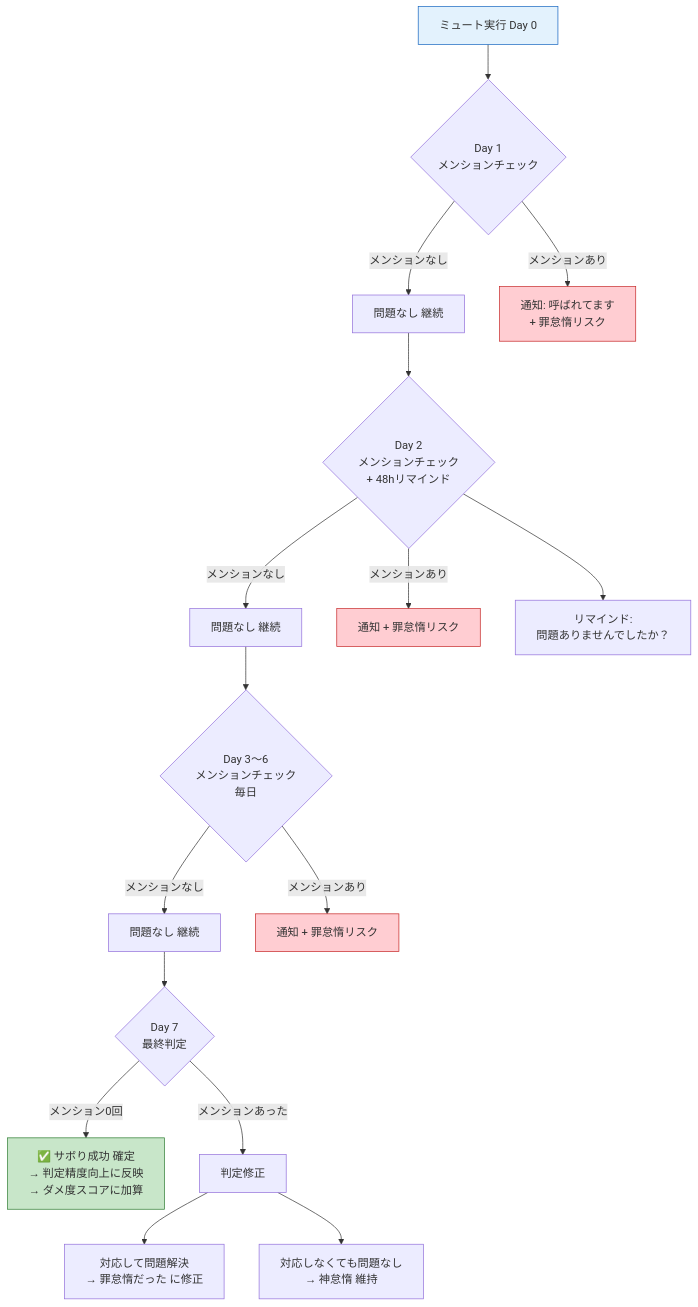
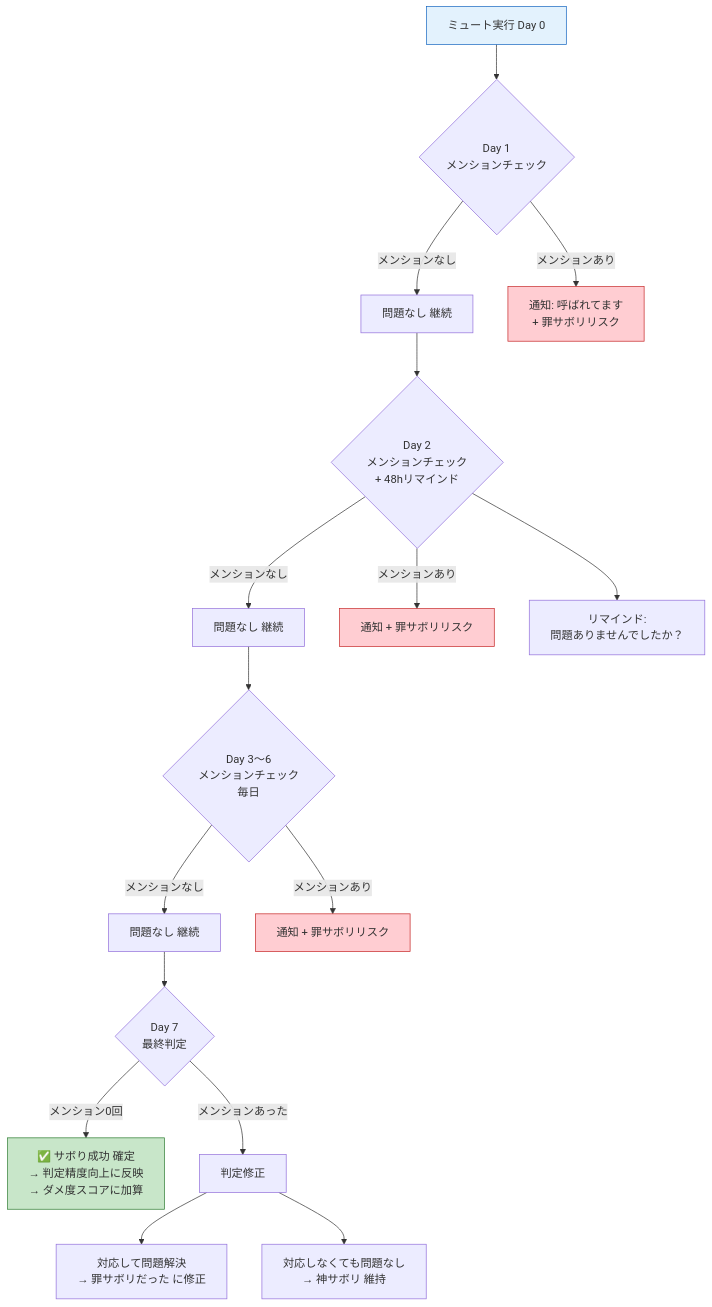
The second of 3 diagrams in aidlc-docs/inception/application-design/judgment-logic.md (fumihirogotonds-art/majisabo), drawn with Mermaid before and after one commit. The commit also changed other lines of this file and 18 other files, not shown here.

````diff
--- a/aidlc-docs/inception/application-design/judgment-logic.md
+++ b/aidlc-docs/inception/application-design/judgment-logic.md
@@ -160,45 +160,45 @@
 ```mermaid
 flowchart TD
     START[ミュート実行 Day 0]
     
     D1{Day 1<br/>メンションチェック}
     D1_OK[問題なし 継続]
-    D1_NG[通知: 呼ばれてます<br/>+ 罪怠惰リスク]
+    D1_NG[通知: 呼ばれてます<br/>+ 罪サボリリスク]
 
     D2{Day 2<br/>メンションチェック<br/>+ 48hリマインド}
     D2_OK[問題なし 継続]
-    D2_NG[通知 + 罪怠惰リスク]
+    D2_NG[通知 + 罪サボリリスク]
     D2_REM[リマインド:<br/>問題ありませんでしたか？]
 
     D3{Day 3〜6<br/>メンションチェック<br/>毎日}
     D3_OK[問題なし 継続]
-    D3_NG[通知 + 罪怠惰リスク]
+    D3_NG[通知 + 罪サボリリスク]
 
     D7{Day 7<br/>最終判定}
     SUCCESS[✅ サボり成功 確定<br/>→ 判定精度向上に反映<br/>→ ダメ度スコアに加算]
     MODIFY[判定修正]
-    MOD_A[対応して問題解決<br/>→ 罪怠惰だった に修正]
-    MOD_B[対応しなくても問題なし<br/>→ 神怠惰 維持]
+    MOD_A[対応して問題解決<br/>→ 罪サボリだった に修正]
+    MOD_B[対応しなくても問題なし<br/>→ 神サボリ 維持]
 
     START --> D1
     D1 -->|メンションなし| D1_OK
     D1 -->|メンションあり| D1_NG
     D1_OK --> D2
     D2 -->|メンションなし| D2_OK
     D2 -->|メンションあり| D2_NG
     D2 --> D2_REM
     D2_OK --> D3
     D3 -->|メンションなし| D3_OK
     D3 -->|メンションあり| D3_NG
     D3_OK --> D7
     D7 -->|メンション0回| SUCCESS
     D7 -->|メンションあった| MODIFY
     MODIFY --> MOD_A
     MODIFY --> MOD_B
 
     style START fill:#E3F2FD,stroke:#1565C0
     style SUCCESS fill:#C8E6C9,stroke:#2E7D32
     style D1_NG fill:#FFCDD2,stroke:#C62828
     style D2_NG fill:#FFCDD2,stroke:#C62828
     style D3_NG fill:#FFCDD2,stroke:#C62828
 ```
````
